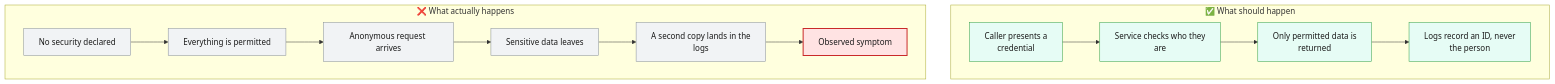
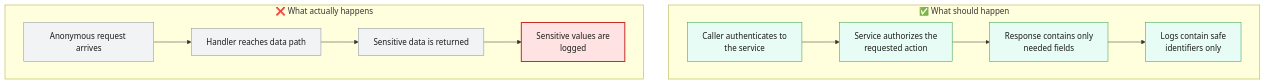
One commit to Udaradg/sample-java-project changed the first of 3 diagrams in docs/agent_output/02-root-cause/root_cause_ISSUE-002.md. Above: the diagram before and after it, drawn with Mermaid. The commit also changed other lines of this file and 52 other files, not shown here.

````diff
--- a/docs/agent_output/02-root-cause/root_cause_ISSUE-002.md
+++ b/docs/agent_output/02-root-cause/root_cause_ISSUE-002.md
@@ -48,31 +41,27 @@
 ```mermaid
 flowchart TB
   classDef broken fill:#ffe3e3,stroke:#c92a2a,stroke-width:2px,color:#1a1a1a
   classDef warn fill:#fff3bf,stroke:#e8590c,stroke-width:2px,color:#1a1a1a
   classDef ok fill:#e6fcf5,stroke:#2f9e44,stroke-width:1px,color:#1a1a1a
   classDef neutral fill:#f1f3f5,stroke:#868e96,stroke-width:1px,color:#1a1a1a
   subgraph EXPECTED["✅ What should happen"]
     direction LR
-    E0["Caller presents a<br/>credential"]:::ok
-    E1["Service checks who they<br/>are"]:::ok
+    E0["Caller authenticates to<br/>the service"]:::ok
+    E1["Service authorizes the<br/>requested action"]:::ok
     E0 --> E1
-    E2["Only permitted data is<br/>returned"]:::ok
+    E2["Response contains only<br/>needed fields"]:::ok
     E1 --> E2
-    E3["Logs record an ID, never<br/>the person"]:::ok
+    E3["Logs contain safe<br/>identifiers only"]:::ok
     E2 --> E3
   end
   subgraph ACTUAL["❌ What actually happens"]
     direction LR
-    A0["No security declared"]:::neutral
-    A1["Everything is permitted"]:::neutral
+    A0["Anonymous request arrives"]:::neutral
+    A1["Handler reaches data path"]:::neutral
     A0 --> A1
-    A2["Anonymous request arrives"]:::neutral
+    A2["Sensitive data is returned"]:::neutral
     A1 --> A2
-    A3["Sensitive data leaves"]:::neutral
+    A3["Sensitive values are<br/>logged"]:::broken
     A2 --> A3
-    A4["A second copy lands in the<br/>logs"]:::neutral
-    A3 --> A4
-    A5["Observed symptom"]:::broken
-    A4 --> A5
   end
 ```
````
